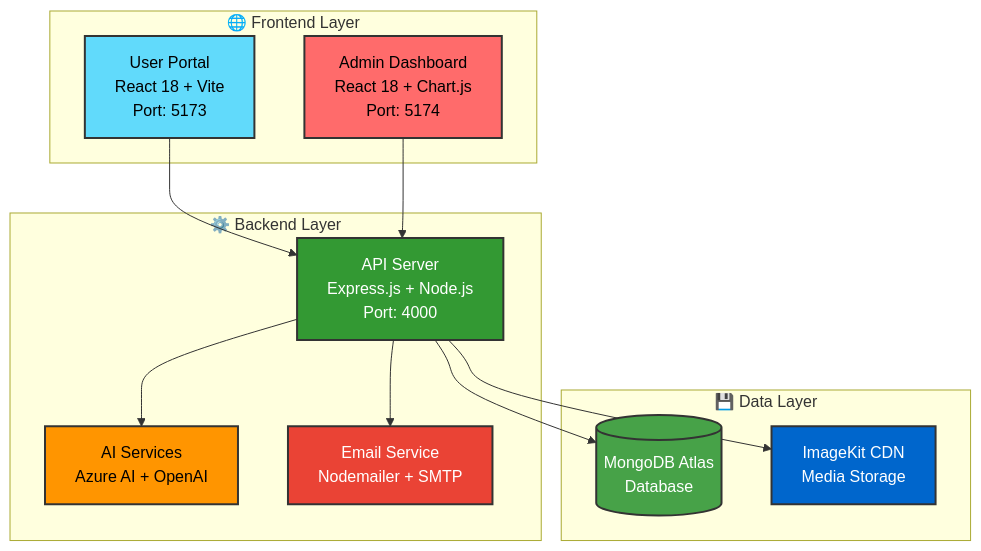
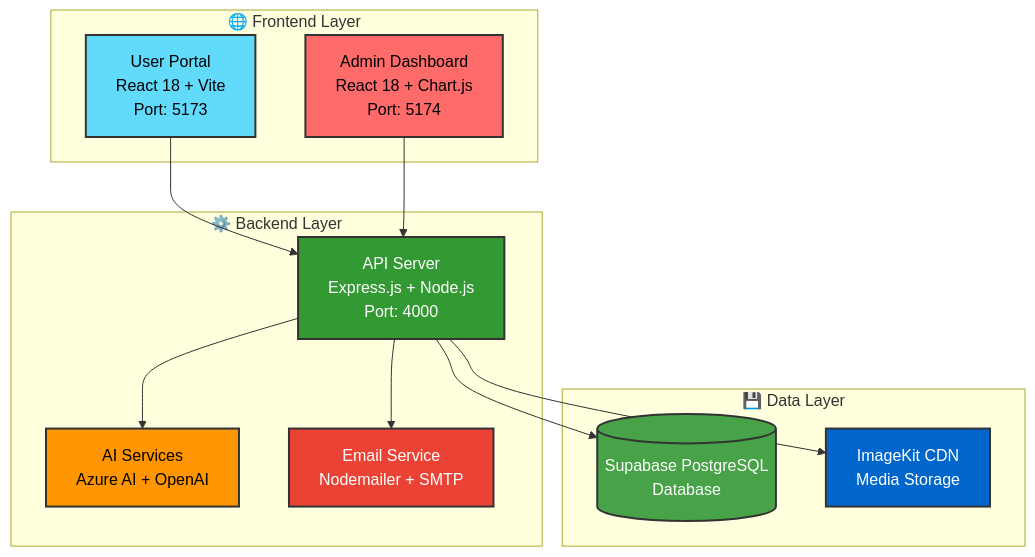
The first of 2 diagrams in README.md (choiceproperties-source/Website), drawn with Mermaid before and after one commit. The commit also changed other lines of this file and 7 other files, not shown here.

````diff
--- a/README.md
+++ b/README.md
@@ -147,33 +147,33 @@
 ```mermaid
 graph TB
     subgraph "🌐 Frontend Layer"
         A[User Portal<br/>React 18 + Vite<br/>Port: 5173]
         B[Admin Dashboard<br/>React 18 + Chart.js<br/>Port: 5174]
     end
     
     subgraph "⚙️ Backend Layer"
         C[API Server<br/>Express.js + Node.js<br/>Port: 4000]
         D[AI Services<br/>Azure AI + OpenAI]
         E[Email Service<br/>Nodemailer + SMTP]
     end
     
     subgraph "💾 Data Layer"
-        F[(MongoDB Atlas<br/>Database)]
+        F[(Supabase PostgreSQL<br/>Database)]
         G[ImageKit CDN<br/>Media Storage]
     end
     
     A --> C
     B --> C
     C --> D
     C --> E
     C --> F
     C --> G
     
     style A fill:#61DAFB,stroke:#333,stroke-width:2px,color:#000
     style B fill:#FF6B6B,stroke:#333,stroke-width:2px,color:#000
     style C fill:#339933,stroke:#333,stroke-width:2px,color:#fff
     style D fill:#FF9500,stroke:#333,stroke-width:2px,color:#000
     style E fill:#EA4335,stroke:#333,stroke-width:2px,color:#fff
     style F fill:#47A248,stroke:#333,stroke-width:2px,color:#fff
     style G fill:#0066CC,stroke:#333,stroke-width:2px,color:#fff
 ```
````
